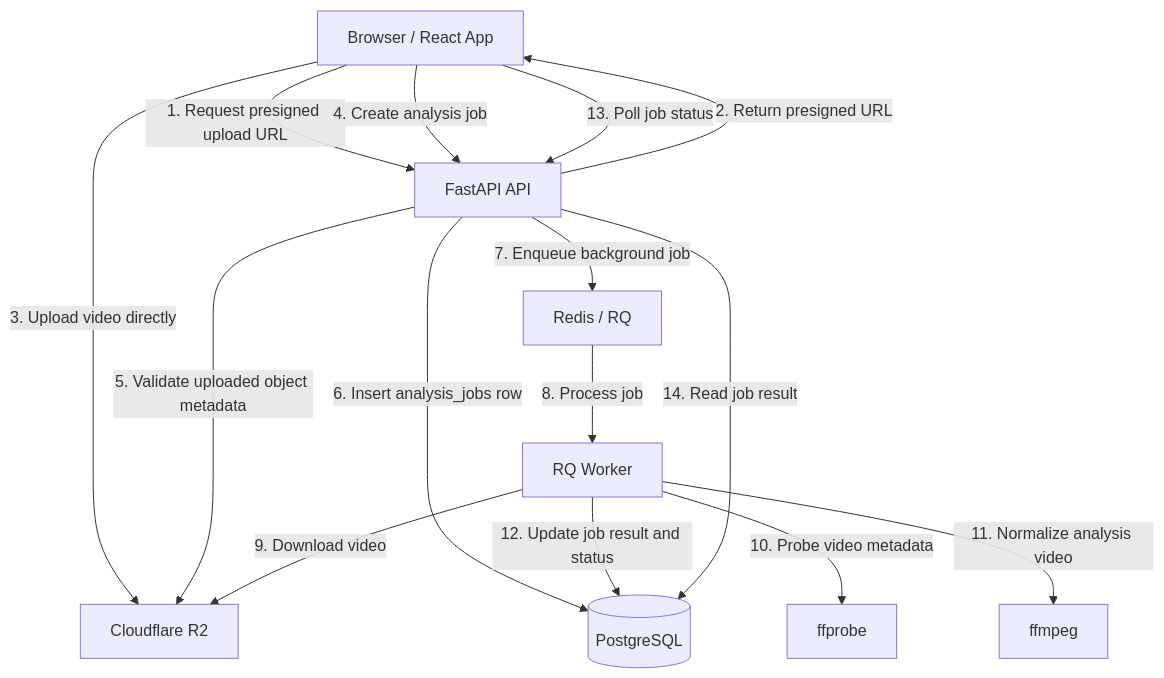
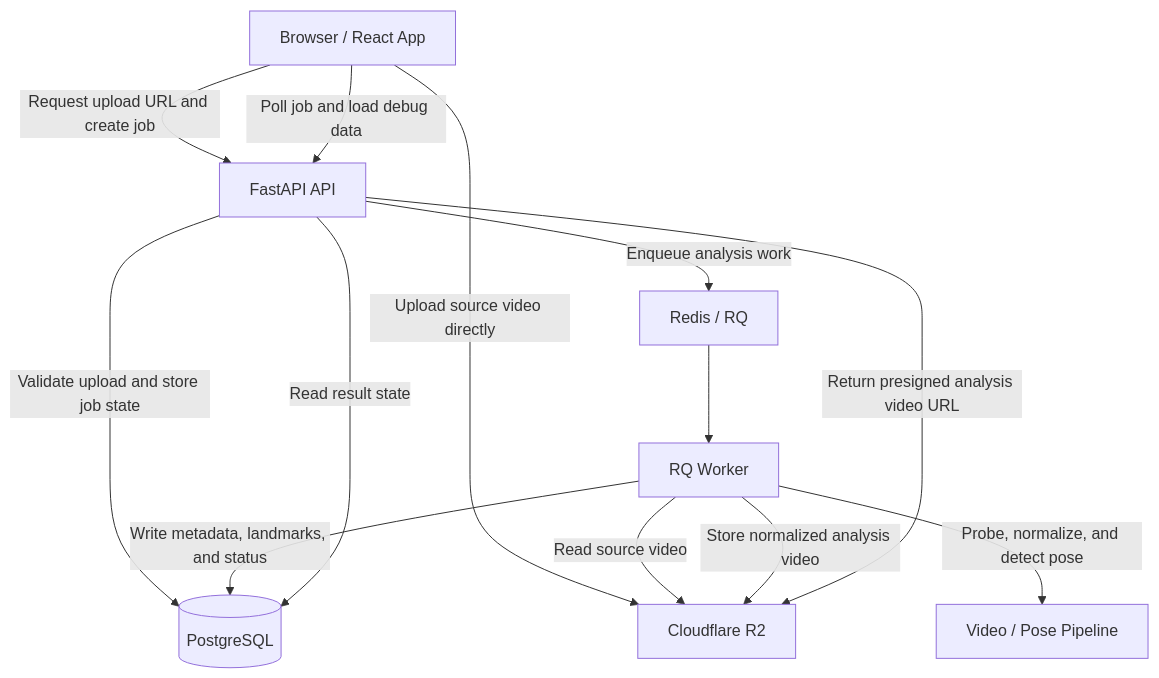
Before and after one commit to pohan-c-tw/yukiguni: the first of 2 diagrams in README.zh-TW.md, drawn with Mermaid. The commit also changed other lines of this file and 1 other file, not shown here.

````diff
--- a/README.zh-TW.md
+++ b/README.zh-TW.md
@@ -38,20 +41,18 @@
 ```mermaid
 flowchart TD
-    A[Browser / React App] -->|1. Request presigned upload URL| B[FastAPI API]
-    B -->|2. Return presigned URL| A
-    A -->|3. Upload video directly| C[Cloudflare R2]
+    A[Browser / React App] -->|Request upload URL and create job| B[FastAPI API]
+    A -->|Upload source video directly| C[Cloudflare R2]
 
-    A -->|4. Create analysis job| B
-    B -->|5. Validate uploaded object metadata| C
-    B -->|6. Insert analysis_jobs row| D[(PostgreSQL)]
-    B -->|7. Enqueue background job| E[Redis / RQ]
+    B -->|Validate upload and store job state| D[(PostgreSQL)]
+    B -->|Enqueue analysis work| E[Redis / RQ]
 
-    E -->|8. Process job| F[RQ Worker]
-    F -->|9. Download video| C
-    F -->|10. Probe video metadata| G[ffprobe]
-    F -->|11. Normalize analysis video| H[ffmpeg]
-    F -->|12. Update job result and status| D
+    E --> F[RQ Worker]
+    F -->|Read source video| C
+    F -->|Probe, normalize, and detect pose| G[Video / Pose Pipeline]
+    F -->|Store normalized analysis video| C
+    F -->|Write metadata, landmarks, and status| D
 
-    A -->|13. Poll job status| B
-    B -->|14. Read job result| D
+    A -->|Poll job and load debug data| B
+    B -->|Read result state| D
+    B -->|Return presigned analysis video URL| C
 ```
````
